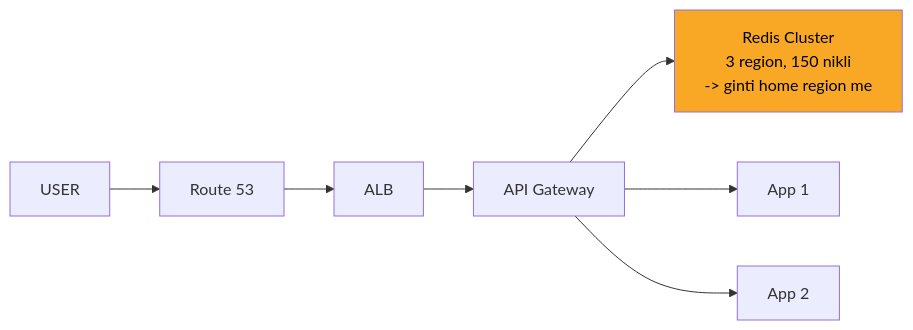
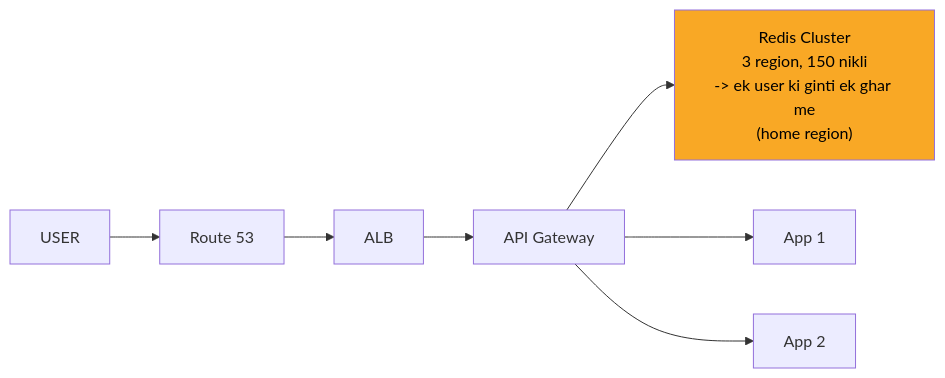
One commit to ArpanMaheshwari144/Prep changed the sixth of 11 diagrams in 04_HLD/SYSTEM_DESIGNS/02_rate_limiter/02_rate_limiter.md. Above: the diagram before and after it, drawn with Mermaid. The commit also changed other lines of this file and 13 other files, not shown here.

````diff
--- a/04_HLD/SYSTEM_DESIGNS/02_rate_limiter/02_rate_limiter.md
+++ b/04_HLD/SYSTEM_DESIGNS/02_rate_limiter/02_rate_limiter.md
@@ -252,17 +252,17 @@
 ```mermaid
 flowchart LR
     n_USER["USER"]
     n_Route_53["Route 53"]
     n_ALB["ALB"]
     n_API_Gateway["API Gateway"]
-    n_Redis_Cluster["Redis Cluster<br/>3 region, 150 nikli<br/>-> ginti home region me"]
+    n_Redis_Cluster["Redis Cluster<br/>3 region, 150 nikli<br/>-> ek user ki ginti ek ghar me<br/>(home region)"]
     n_App_x_N_1["App 1"]
     n_App_x_N_2["App 2"]
     n_USER --> n_Route_53
     n_Route_53 --> n_ALB
     n_ALB --> n_API_Gateway
     n_API_Gateway --> n_Redis_Cluster
     n_API_Gateway --> n_App_x_N_1
     n_API_Gateway --> n_App_x_N_2
     style n_Redis_Cluster fill:#f9a825,color:#000
 ```
````
